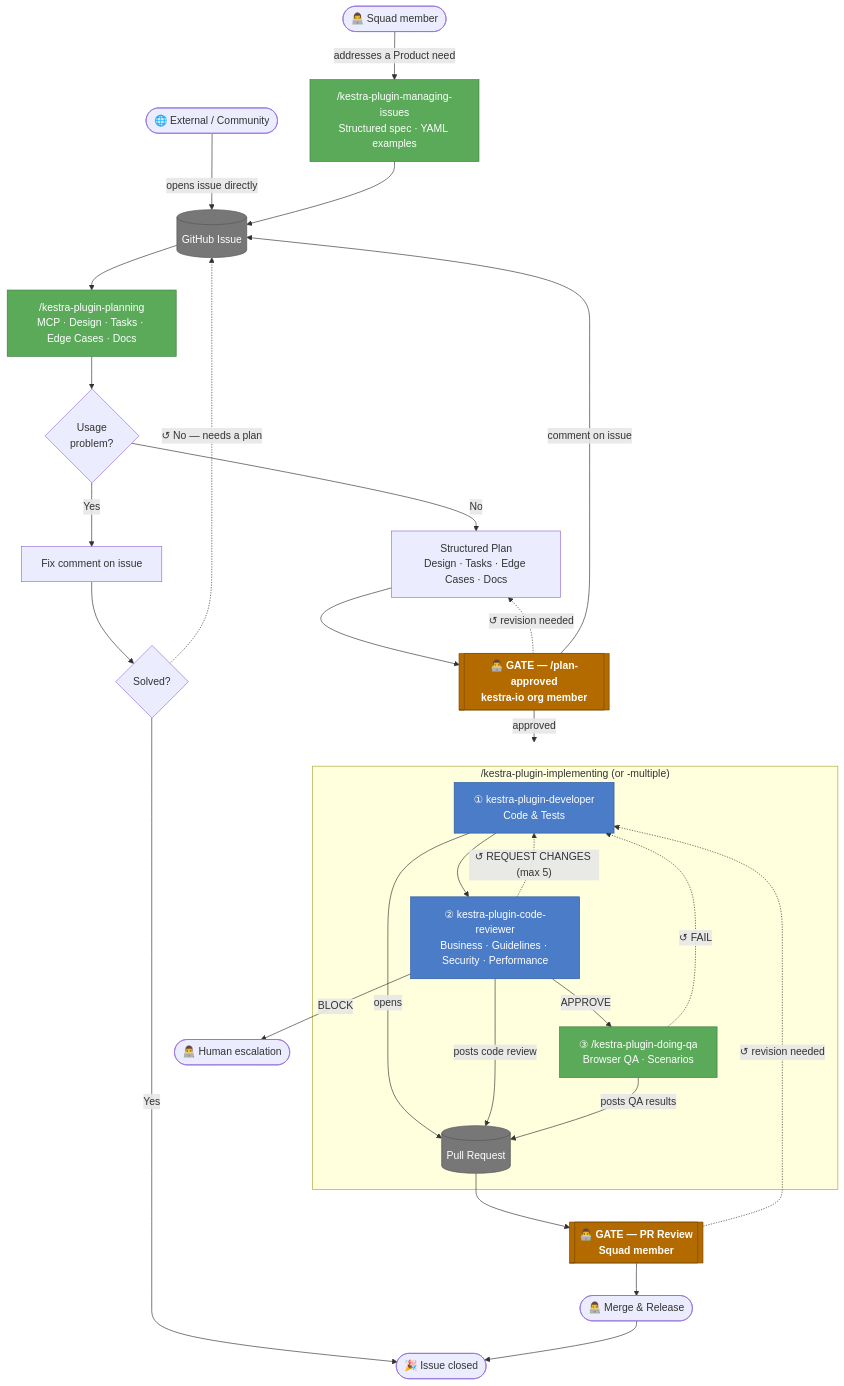
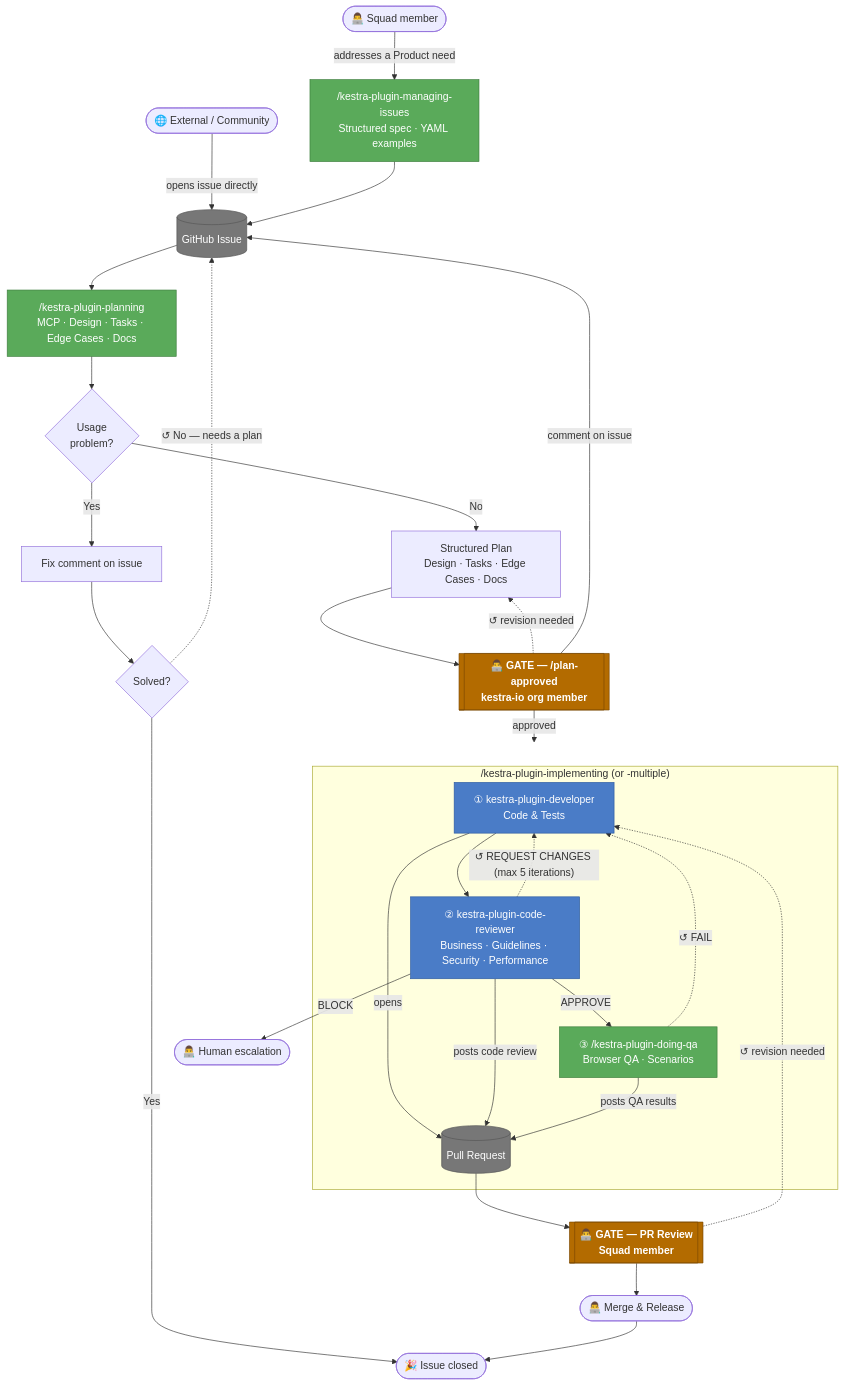
One commit to kestra-io/docs changed the diagram in src/contents/blogs/context-engineering-plugins-squad/index.md. Above: the diagram before and after it, drawn with Mermaid.

Commit message:
docs: clarify REQUEST CHANGES retry label to max 5 iterations

````diff
--- a/src/contents/blogs/context-engineering-plugins-squad/index.md
+++ b/src/contents/blogs/context-engineering-plugins-squad/index.md
@@ -92,47 +92,47 @@
 ```mermaid
 flowchart TD
     EXT(["🌐 External / Community"]) -->|"opens issue directly"| GH
     A(["👨‍💻 Squad member"]) -->|"addresses a Product need"| B
     B["/kestra-plugin-managing-issues\nStructured spec · YAML examples"] --> GH
     GH[(GitHub Issue)] --> C
     C["/kestra-plugin-planning\nMCP · Design · Tasks · Edge Cases · Docs"] --> D{Usage\nproblem?}
     D -->|Yes| E[Fix comment on issue]
     E --> S{Solved?}
     S -->|Yes| DONE(["🎉 Issue closed"])
     S -.->|"↺ No — needs a plan"| GH
     D -->|No| F["Structured Plan\nDesign · Tasks · Edge Cases · Docs"]
     F --> G[["👨‍💻 GATE — /plan-approved\nkestra-io org member"]]
     G -.->|"↺ revision needed"| F
     G -->|"comment on issue"| GH
     G -->|approved| IMPL
 
     subgraph IMPL["/kestra-plugin-implementing (or -multiple)"]
         I["① kestra-plugin-developer\nCode & Tests"]
         J["② kestra-plugin-code-reviewer\nBusiness · Guidelines · Security · Performance"]
         L["③ /kestra-plugin-doing-qa\nBrowser QA · Scenarios"]
         PR[(Pull Request)]
         I -->|"opens"| PR
         I --> J
-        J -.->|"↺ REQUEST CHANGES (max 5)"| I
+        J -.->|"↺ REQUEST CHANGES (max 5 iterations)"| I
         J -->|APPROVE| L
         J -->|"posts code review"| PR
         L -.->|"↺ FAIL"| I
         L -->|"posts QA results"| PR
     end
 
     J -->|BLOCK| K(["👨‍💻 Human escalation"])
     PR --> M[["👨‍💻 GATE — PR Review\nSquad member"]]
     M -.->|"↺ revision needed"| I
     M --> N(["👨‍💻 Merge & Release"])
     N --> DONE
 
     classDef humanGate fill:#b36b00,stroke:#7a4800,color:#fff,font-weight:bold
     classDef agentStep fill:#4a7cc7,stroke:#2c5aa0,color:#fff
     classDef skillStep fill:#5aaa5a,stroke:#3d7d3d,color:#fff
     classDef artifact fill:#777,stroke:#555,color:#fff
 
     class G,M humanGate
     class I,J agentStep
     class B,C,L skillStep
     class GH,PR artifact
 ```
````
